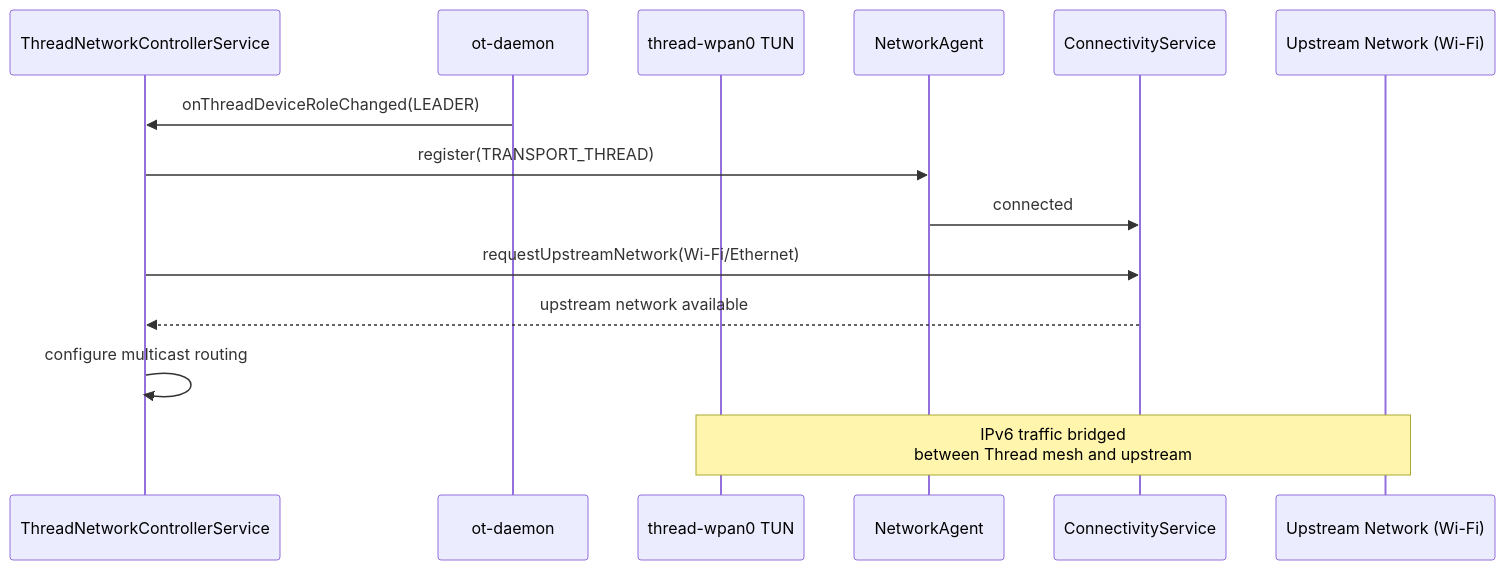
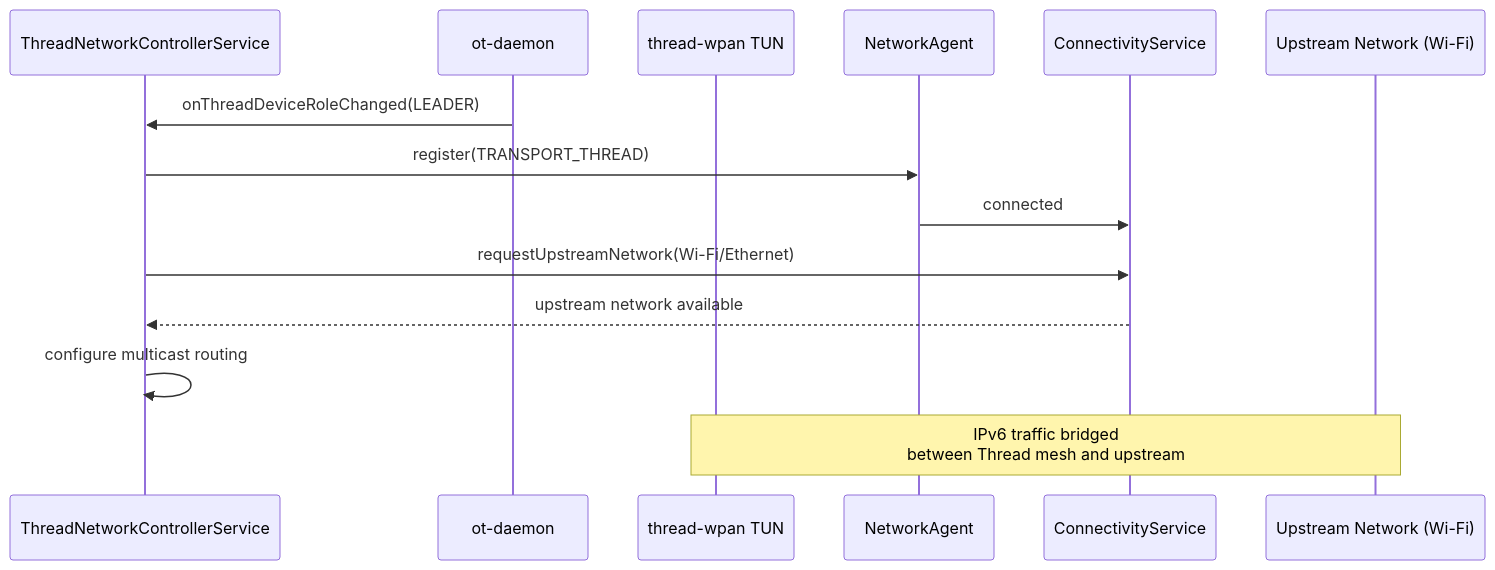
Diagram 38 of 55 in 35-networking.md (aospbooks/aosp-internal-book), drawn with Mermaid before and after one commit. The commit also changed other lines of this file and 218 other files, not shown here.

````diff
--- a/35-networking.md
+++ b/35-networking.md
@@ -3198,17 +3220,17 @@
 ```mermaid
 sequenceDiagram
     participant TNCS as ThreadNetworkControllerService
     participant OTD as ot-daemon
-    participant TUN as thread-wpan0 TUN
+    participant TUN as thread-wpan TUN
     participant NA as NetworkAgent
     participant CS as ConnectivityService
     participant UP as Upstream Network (Wi-Fi)
 
     OTD->>TNCS: onThreadDeviceRoleChanged(LEADER)
     TNCS->>NA: register(TRANSPORT_THREAD)
     NA->>CS: connected
     TNCS->>CS: requestUpstreamNetwork(Wi-Fi/Ethernet)
     CS-->>TNCS: upstream network available
     TNCS->>TNCS: configure multicast routing
     Note over TUN,UP: IPv6 traffic bridged<br/>between Thread mesh and upstream
 ```
````
